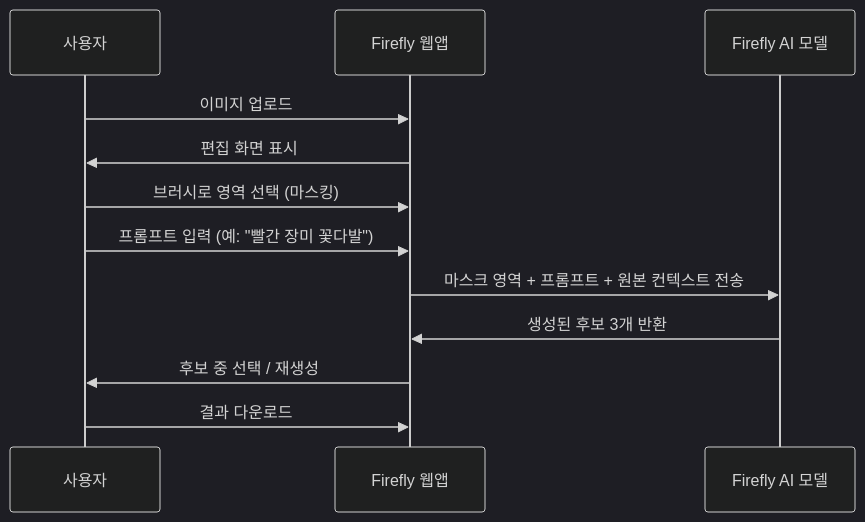
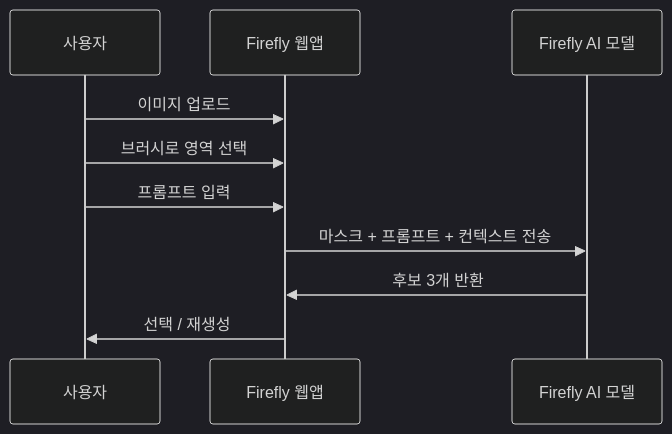
One commit to jsonpassion/forge-tutorial-promptcanvas changed the third of 3 diagrams in 09-ch9-adobe-photoshop-firefly-리터치-워크플로우/01-01-adobe-firefly-웹앱-핵심-기능.md. Above: the diagram before and after it, drawn with Mermaid (dark theme). The commit also changed other lines of this file and 63 other files, not shown here.

````diff
--- a/09-ch9-adobe-photoshop-firefly-리터치-워크플로우/01-01-adobe-firefly-웹앱-핵심-기능.md
+++ b/09-ch9-adobe-photoshop-firefly-리터치-워크플로우/01-01-adobe-firefly-웹앱-핵심-기능.md
@@ -114,15 +88,13 @@
 ```mermaid
 sequenceDiagram
     participant U as 사용자
     participant F as Firefly 웹앱
     participant AI as Firefly AI 모델
 
     U->>F: 이미지 업로드
-    F->>U: 편집 화면 표시
-    U->>F: 브러시로 영역 선택 (마스킹)
-    U->>F: 프롬프트 입력 (예: "빨간 장미 꽃다발")
-    F->>AI: 마스크 영역 + 프롬프트 + 원본 컨텍스트 전송
-    AI->>F: 생성된 후보 3개 반환
-    F->>U: 후보 중 선택 / 재생성
-    U->>F: 결과 다운로드
+    U->>F: 브러시로 영역 선택
+    U->>F: 프롬프트 입력
+    F->>AI: 마스크 + 프롬프트 + 컨텍스트 전송
+    AI->>F: 후보 3개 반환
+    F->>U: 선택 / 재생성
 ```
````
